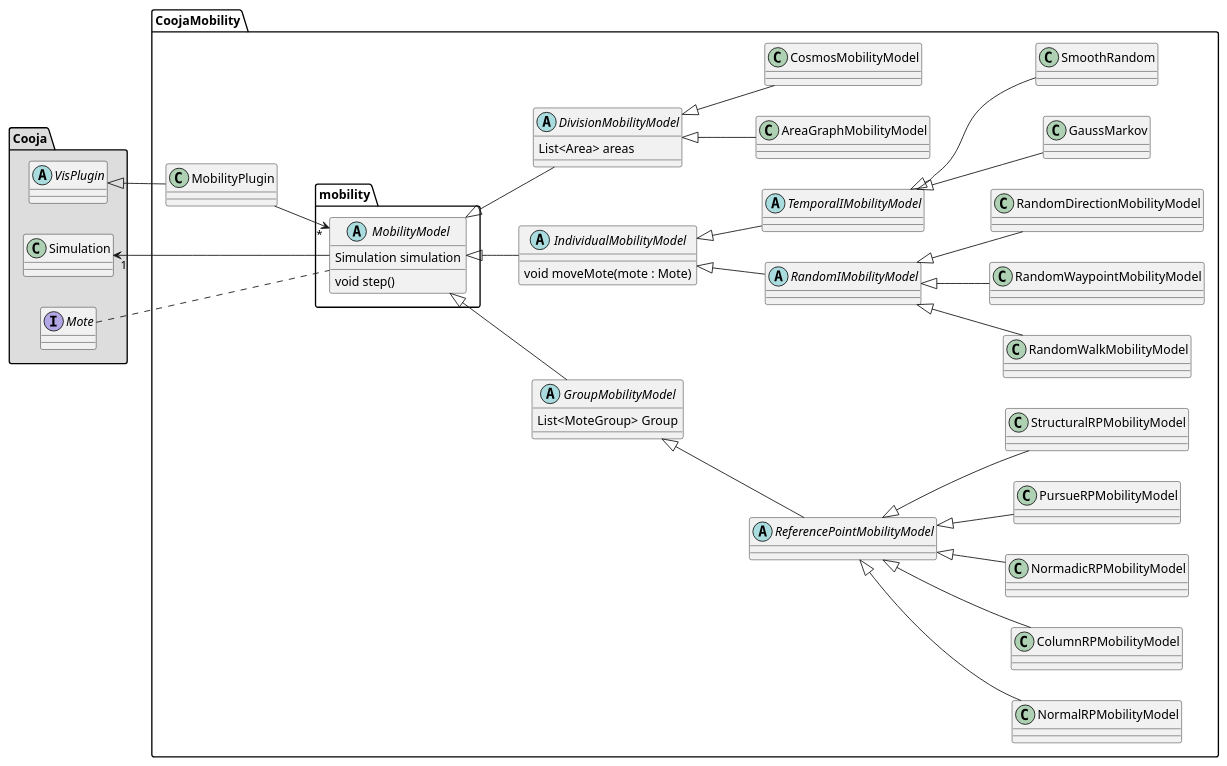
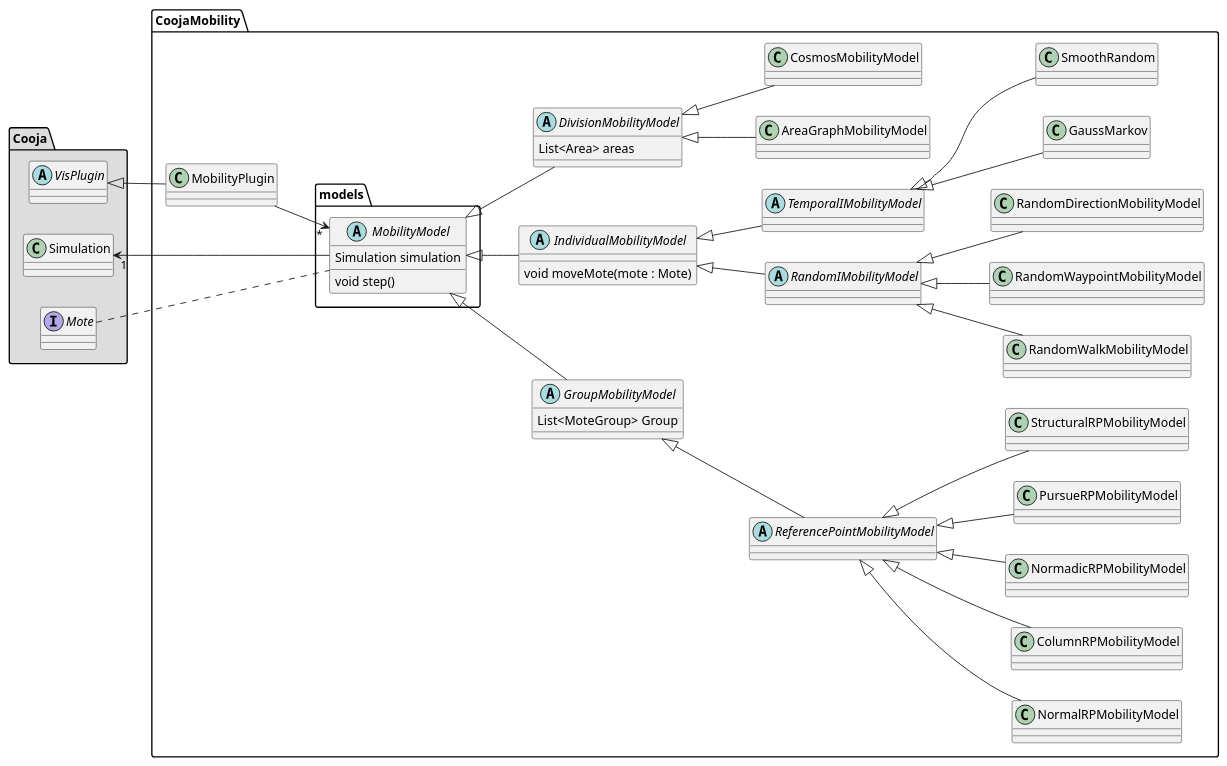
Before and after one commit to dpvdberg/CoojaMobility: the diagram in uml/MobilityUML.puml, drawn with PlantUML. The commit also changed 21 other files, not shown here.

```diff
--- a/uml/MobilityUML.puml
+++ b/uml/MobilityUML.puml
@@ -1,72 +1,72 @@
 @startuml
 left to right direction
 
 package "Cooja" #DDDDDD {
     abstract VisPlugin
     class Simulation
     interface Mote
 }
 
 package "CoojaMobility" {
     class MobilityPlugin
-    abstract mobility.MobilityModel {
+    abstract models.MobilityModel {
         Simulation simulation
         void step()
     }
     abstract GroupMobilityModel {
         List<MoteGroup> Group
     }
     abstract IndividualMobilityModel {
         void moveMote(mote : Mote)
     }
 
     abstract RandomIMobilityModel
     abstract TemporalIMobilityModel
     abstract ReferencePointMobilityModel
 
     abstract DivisionMobilityModel {
         List<Area> areas
     }
 
     VisPlugin <|-- MobilityPlugin
-    Simulation "1" <-- mobility.MobilityModel
-    Mote ... mobility.MobilityModel
+    Simulation "1" <-- models.MobilityModel
+    Mote ... models.MobilityModel
 
-    MobilityPlugin --> "*" mobility.MobilityModel
-    mobility.MobilityModel <|-- GroupMobilityModel
-    mobility.MobilityModel <|-- IndividualMobilityModel
-    mobility.MobilityModel <|-- DivisionMobilityModel
+    MobilityPlugin --> "*" models.MobilityModel
+    models.MobilityModel <|-- GroupMobilityModel
+    models.MobilityModel <|-- IndividualMobilityModel
+    models.MobilityModel <|-- DivisionMobilityModel
 
     ' INDIVIDUAL MOBILITY MODELS
     IndividualMobilityModel <|-- RandomIMobilityModel
     IndividualMobilityModel <|-- TemporalIMobilityModel
 
     ' INDIVIDUAL RANDOM MOBILITY MODELS
     RandomIMobilityModel <|-- RandomWalkMobilityModel
     RandomIMobilityModel <|-- RandomWaypointMobilityModel
     RandomIMobilityModel <|-- RandomDirectionMobilityModel
 
     ' INDIVIDUAL TEMPORAL MOBILITY MODELS
     TemporalIMobilityModel <|-- GaussMarkov
     TemporalIMobilityModel <|-- SmoothRandom
 
     ' GROUP MOBILITY MODELS
     GroupMobilityModel <|-- ReferencePointMobilityModel
 
     class NormalRPMobilityModel
     class ColumnRPMobilityModel
     class NormadicRPMobilityModel
     class PursueRPMobilityModel
     class StructuralRPMobilityModel
 
     ReferencePointMobilityModel <|-- NormalRPMobilityModel
     ReferencePointMobilityModel <|-- ColumnRPMobilityModel
     ReferencePointMobilityModel <|-- NormadicRPMobilityModel
     ReferencePointMobilityModel <|-- PursueRPMobilityModel
     ReferencePointMobilityModel <|-- StructuralRPMobilityModel
 
     ' DIVISION MOBILITY MODELS
     DivisionMobilityModel <|-- AreaGraphMobilityModel
     DivisionMobilityModel <|-- CosmosMobilityModel
 }
 @enduml
```
